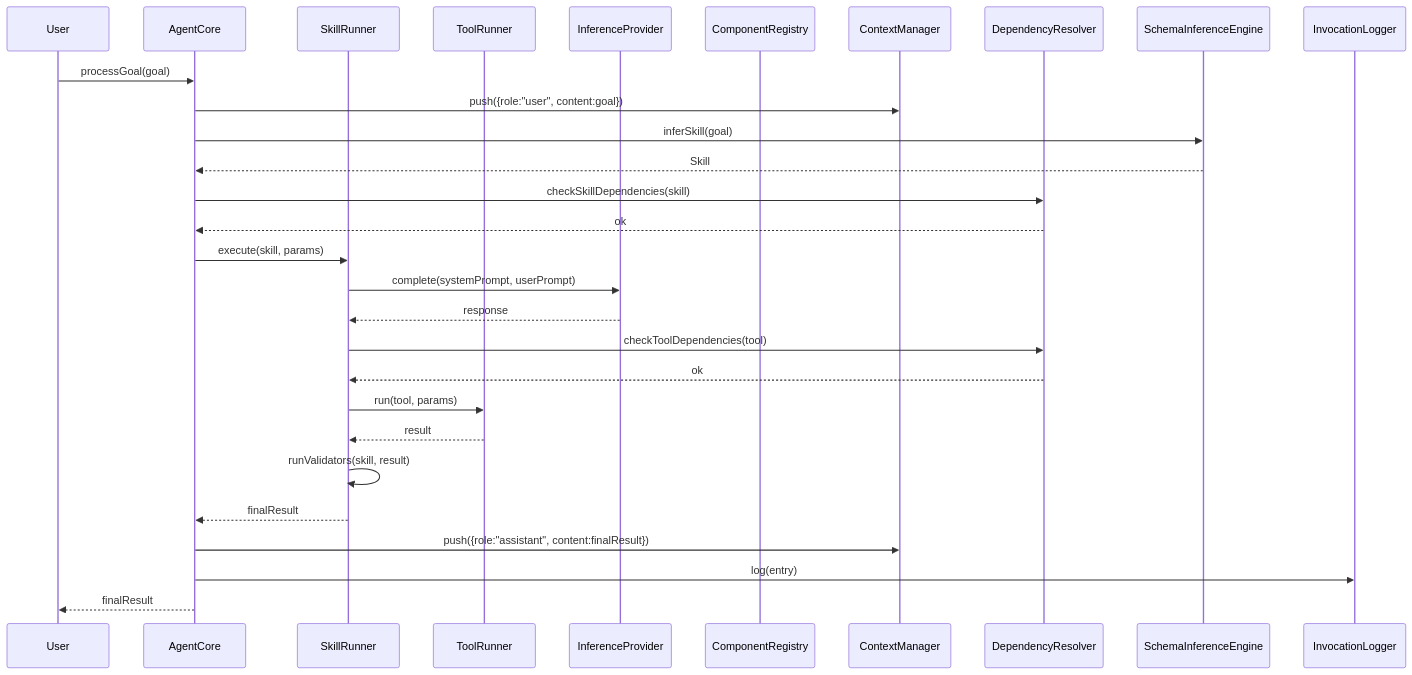
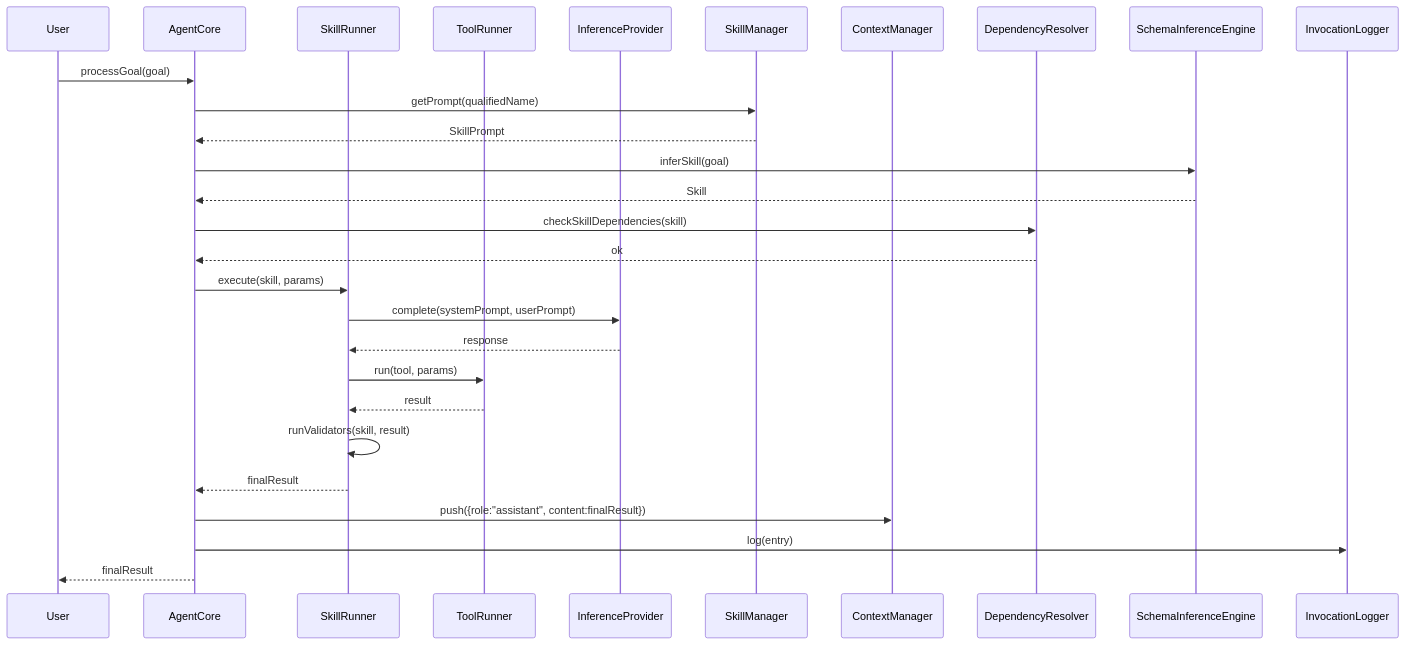
Before and after one commit to opensassi/a0: the second of 2 diagrams in src/agent_interfaces.spec.md, drawn with Mermaid. The commit also changed other lines of this file and 40 other files, not shown here.

````diff
--- a/src/agent_interfaces.spec.md
+++ b/src/agent_interfaces.spec.md
@@ -342,32 +387,31 @@
 ```mermaid
 sequenceDiagram
     participant User
     participant AC as AgentCore
     participant SR as SkillRunner
     participant TR as ToolRunner
     participant IP as InferenceProvider
-    participant CR as ComponentRegistry
+    participant SM as SkillManager
     participant CM as ContextManager
     participant DR as DependencyResolver
     participant SIE as SchemaInferenceEngine
     participant IL as InvocationLogger
 
     User->>AC: processGoal(goal)
-    AC->>CM: push({role:"user", content:goal})
+    AC->>SM: getPrompt(qualifiedName)
+    SM-->>AC: SkillPrompt
     AC->>SIE: inferSkill(goal)
     SIE-->>AC: Skill
     AC->>DR: checkSkillDependencies(skill)
     DR-->>AC: ok
     AC->>SR: execute(skill, params)
     SR->>IP: complete(systemPrompt, userPrompt)
     IP-->>SR: response
-    SR->>DR: checkToolDependencies(tool)
-    DR-->>SR: ok
     SR->>TR: run(tool, params)
     TR-->>SR: result
     SR->>SR: runValidators(skill, result)
     SR-->>AC: finalResult
     AC->>CM: push({role:"assistant", content:finalResult})
     AC->>IL: log(entry)
     AC-->>User: finalResult
 ```
````
